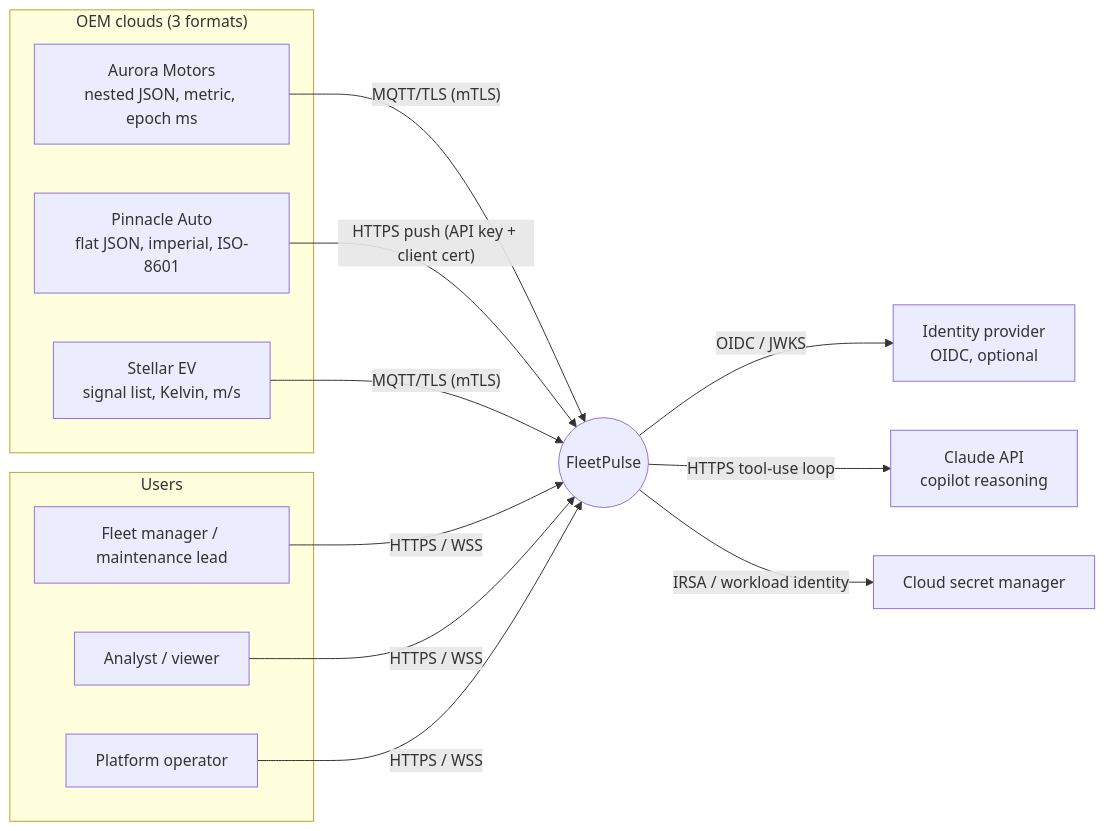
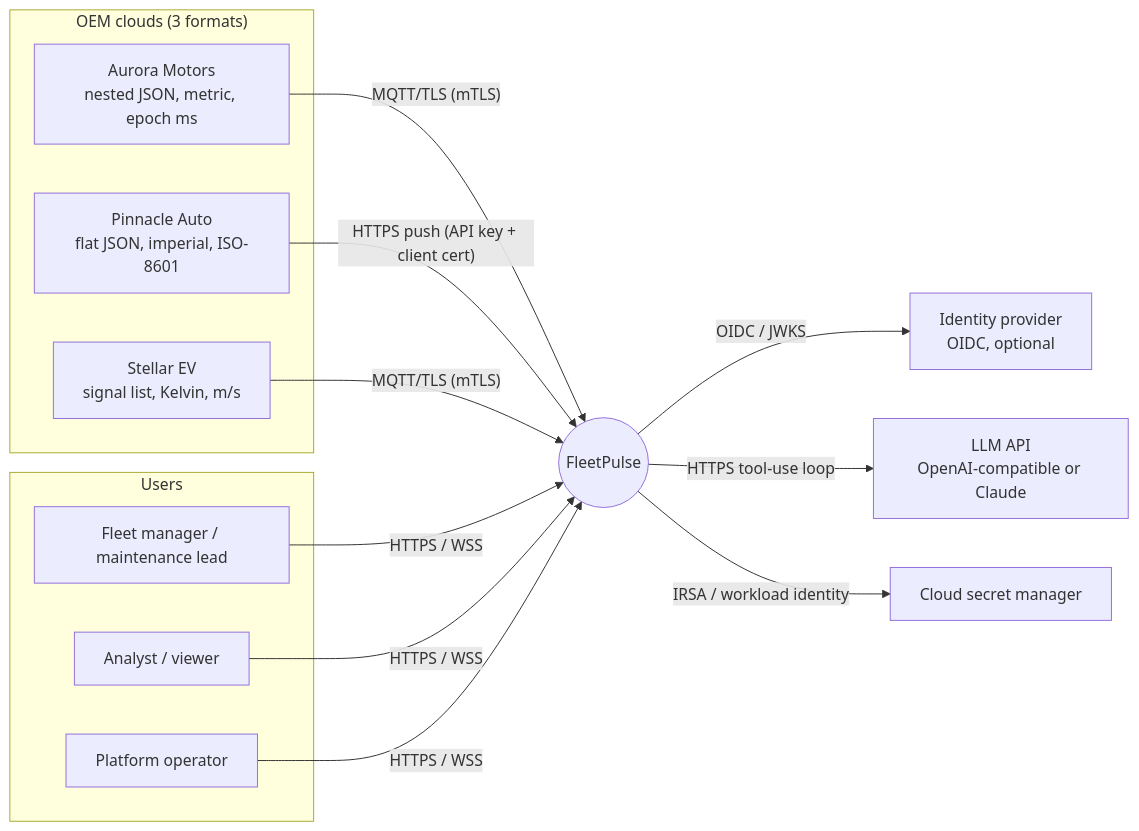
One commit to mayukhp24/MotorQ-hackathon changed the diagram in docs/diagrams/01-context.mmd. Above: the diagram before and after it, drawn with Mermaid. The commit also changed 22 other files, not shown here.

First line of the commit message:
Copilot: support free OpenAI-compatible LLM providers

```diff
--- a/docs/diagrams/01-context.mmd
+++ b/docs/diagrams/01-context.mmd
@@ -1,22 +1,22 @@
 flowchart LR
   subgraph Users
     FM[Fleet manager / maintenance lead]
     AN[Analyst / viewer]
     PO[Platform operator]
   end
   subgraph OEMs["OEM clouds (3 formats)"]
     A[Aurora Motors<br/>nested JSON, metric, epoch ms]
     P[Pinnacle Auto<br/>flat JSON, imperial, ISO-8601]
     S[Stellar EV<br/>signal list, Kelvin, m/s]
   end
   FP((FleetPulse))
   IDP[Identity provider<br/>OIDC, optional]
-  LLM[Claude API<br/>copilot reasoning]
+  LLM[LLM API<br/>OpenAI-compatible or Claude]
   SM[Cloud secret manager]
   A -- MQTT/TLS (mTLS) --> FP
   P -- HTTPS push (API key + client cert) --> FP
   S -- MQTT/TLS (mTLS) --> FP
   FM & AN & PO -- HTTPS / WSS --> FP
   FP -- OIDC / JWKS --> IDP
   FP -- HTTPS tool-use loop --> LLM
   FP -- IRSA / workload identity --> SM
```
